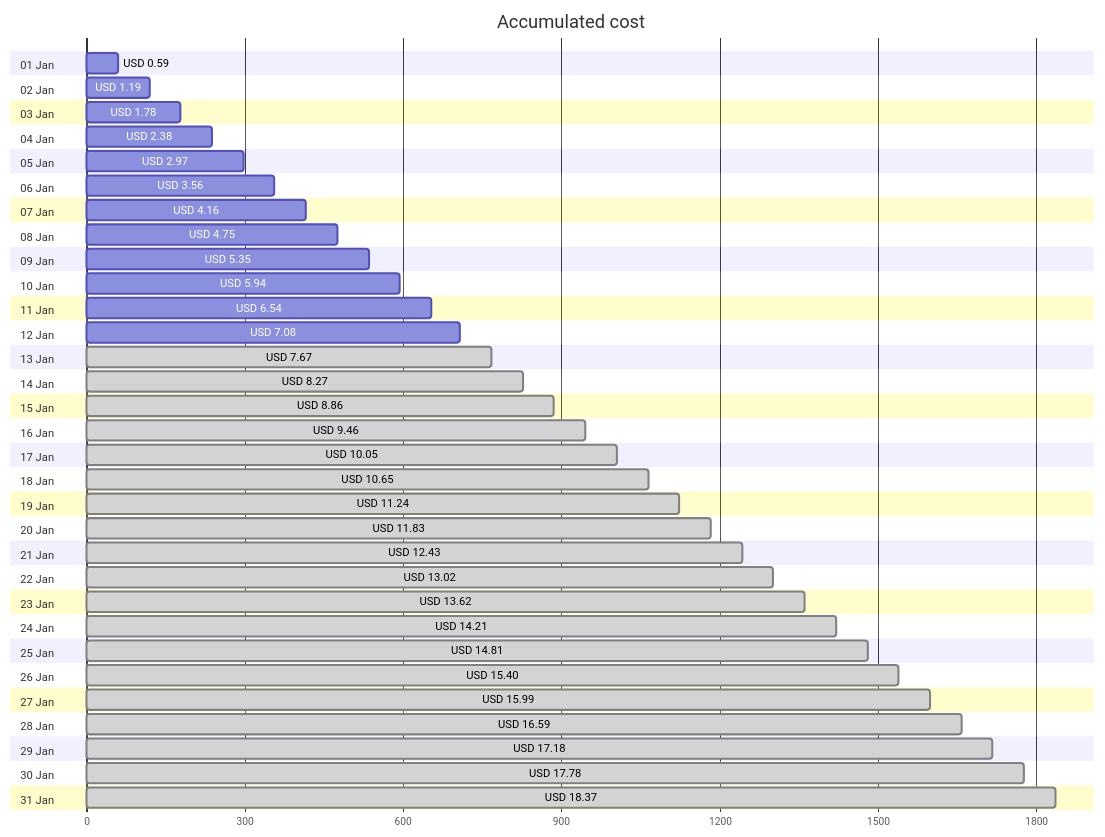
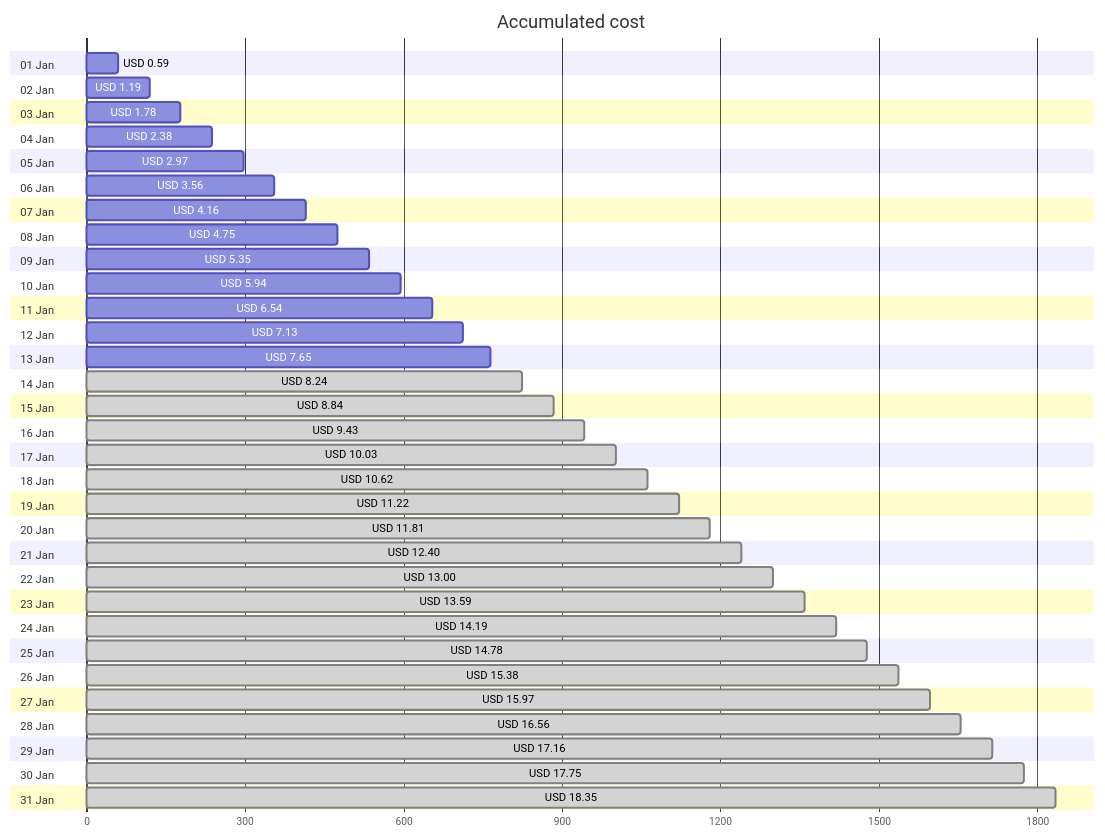
One commit to jpfulton/azure-personal-reports changed the first of 4 diagrams in cost-reports/personal-site/README.md. Above: the diagram before and after it, drawn with Mermaid. The commit also changed other lines of this file and 6 other files, not shown here.

````diff
--- a/cost-reports/personal-site/README.md
+++ b/cost-reports/personal-site/README.md
@@ -20,68 +20,68 @@
 ```mermaid
 gantt
    title Accumulated cost
    dateFormat  X
    axisFormat %s
    section 01 Jan
    USD 0.59 :0, 59
    section 02 Jan
    USD 1.19 :0, 119
    section 03 Jan
    USD 1.78 :0, 178
    section 04 Jan
    USD 2.38 :0, 238
    section 05 Jan
    USD 2.97 :0, 297
    section 06 Jan
    USD 3.56 :0, 356
    section 07 Jan
    USD 4.16 :0, 416
    section 08 Jan
    USD 4.75 :0, 475
    section 09 Jan
    USD 5.35 :0, 535
    section 10 Jan
    USD 5.94 :0, 594
    section 11 Jan
    USD 6.54 :0, 654
    section 12 Jan
-   USD 7.08 :0, 708
+   USD 7.13 :0, 713
    section 13 Jan
-   USD 7.67 : done, 0, 767
+   USD 7.65 :0, 765
    section 14 Jan
-   USD 8.27 : done, 0, 827
+   USD 8.24 : done, 0, 824
    section 15 Jan
-   USD 8.86 : done, 0, 886
+   USD 8.84 : done, 0, 884
    section 16 Jan
-   USD 9.46 : done, 0, 946
+   USD 9.43 : done, 0, 943
    section 17 Jan
-   USD 10.05 : done, 0, 1005
+   USD 10.03 : done, 0, 1003
    section 18 Jan
-   USD 10.65 : done, 0, 1065
+   USD 10.62 : done, 0, 1062
    section 19 Jan
-   USD 11.24 : done, 0, 1124
+   USD 11.22 : done, 0, 1122
    section 20 Jan
-   USD 11.83 : done, 0, 1183
+   USD 11.81 : done, 0, 1181
    section 21 Jan
-   USD 12.43 : done, 0, 1243
+   USD 12.40 : done, 0, 1240
    section 22 Jan
-   USD 13.02 : done, 0, 1302
+   USD 13.00 : done, 0, 1300
    section 23 Jan
-   USD 13.62 : done, 0, 1362
+   USD 13.59 : done, 0, 1359
    section 24 Jan
-   USD 14.21 : done, 0, 1421
+   USD 14.19 : done, 0, 1419
    section 25 Jan
-   USD 14.81 : done, 0, 1481
+   USD 14.78 : done, 0, 1478
    section 26 Jan
-   USD 15.40 : done, 0, 1540
+   USD 15.38 : done, 0, 1538
    section 27 Jan
-   USD 15.99 : done, 0, 1599
+   USD 15.97 : done, 0, 1597
    section 28 Jan
-   USD 16.59 : done, 0, 1659
+   USD 16.56 : done, 0, 1656
    section 29 Jan
-   USD 17.18 : done, 0, 1718
+   USD 17.16 : done, 0, 1716
    section 30 Jan
-   USD 17.78 : done, 0, 1778
+   USD 17.75 : done, 0, 1775
    section 31 Jan
-   USD 18.37 : done, 0, 1837
+   USD 18.35 : done, 0, 1835
 ```
````
